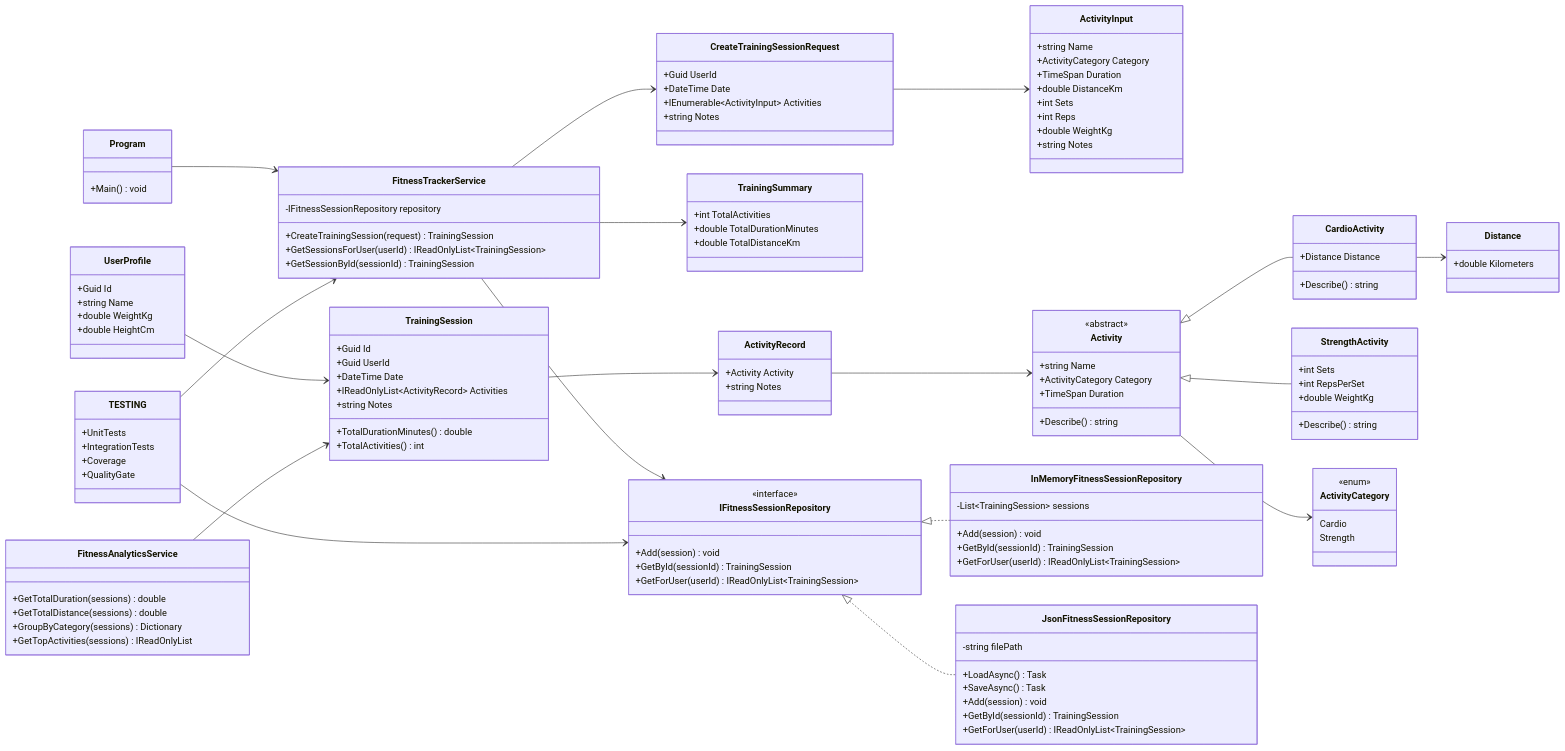
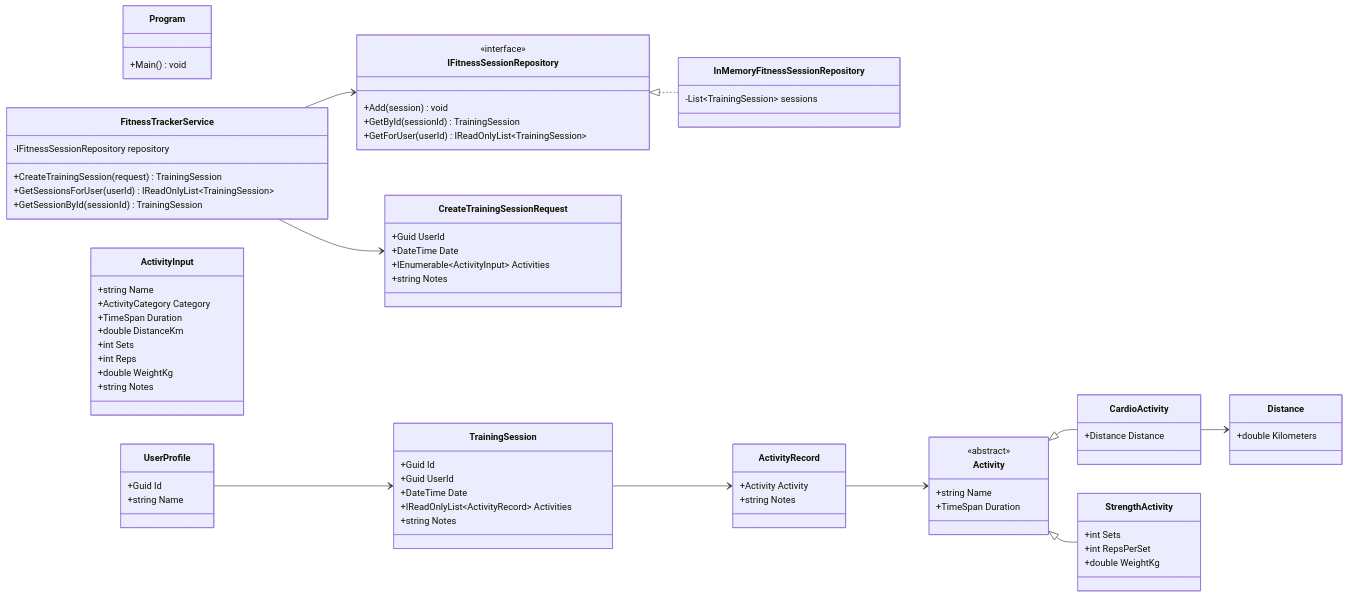
The diagram in docs/class-diagram.md (Evelina674/FitnessTrackerLab34), drawn with Mermaid before and after one commit.

Commit message:
Rebuilt UML diagram

````diff
--- a/docs/class-diagram.md
+++ b/docs/class-diagram.md
@@ -31,27 +33,12 @@
         +string Notes
     }
 
-    class TrainingSummary {
-        +int TotalActivities
-        +double TotalDurationMinutes
-        +double TotalDistanceKm
-    }
-
-    class UserProfile {
-        +Guid Id
-        +string Name
-        +double WeightKg
-        +double HeightCm
-    }
-
     class TrainingSession {
         +Guid Id
         +Guid UserId
         +DateTime Date
         +IReadOnlyList~ActivityRecord~ Activities
         +string Notes
-        +TotalDurationMinutes() double
-        +TotalActivities() int
     }
 
     class ActivityRecord {
@@ -62,31 +49,26 @@
     class Activity {
         <<abstract>>
         +string Name
-        +ActivityCategory Category
         +TimeSpan Duration
-        +Describe() string
     }
 
     class CardioActivity {
         +Distance Distance
-        +Describe() string
     }
 
     class StrengthActivity {
         +int Sets
         +int RepsPerSet
         +double WeightKg
-        +Describe() string
     }
 
     class Distance {
         +double Kilometers
     }
 
-    class ActivityCategory {
-        <<enum>>
-        Cardio
-        Strength
+    class UserProfile {
+        +Guid Id
+        +string Name
     }
 
     class IFitnessSessionRepository {
@@ -98,55 +80,18 @@
 
     class InMemoryFitnessSessionRepository {
         -List~TrainingSession~ sessions
-        +Add(session) void
-        +GetById(sessionId) TrainingSession
-        +GetForUser(userId) IReadOnlyList~TrainingSession~
     }
-
-    class JsonFitnessSessionRepository {
-        -string filePath
-        +LoadAsync() Task
-        +SaveAsync() Task
-        +Add(session) void
-        +GetById(sessionId) TrainingSession
-        +GetForUser(userId) IReadOnlyList~TrainingSession~
-    }
-
-    class FitnessAnalyticsService {
-        +GetTotalDuration(sessions) double
-        +GetTotalDistance(sessions) double
-        +GroupByCategory(sessions) Dictionary
-        +GetTopActivities(sessions) IReadOnlyList
-    }
-
-    class TESTING {
-        +UnitTests
-        +IntegrationTests
-        +Coverage
-        +QualityGate
-    }
-
-    Program --> FitnessTrackerService
-    FitnessTrackerService --> IFitnessSessionRepository
-    FitnessTrackerService --> CreateTrainingSessionRequest
-    FitnessTrackerService --> TrainingSummary
-
-    CreateTrainingSessionRequest --> ActivityInput
-    TrainingSession --> ActivityRecord
-    ActivityRecord --> Activity
 
     Activity <|-- CardioActivity
     Activity <|-- StrengthActivity
 
+    ActivityRecord --> Activity
+    TrainingSession --> ActivityRecord
     CardioActivity --> Distance
-    Activity --> ActivityCategory
-
-    UserProfile --> TrainingSession
 
     IFitnessSessionRepository <|.. InMemoryFitnessSessionRepository
-    IFitnessSessionRepository <|.. JsonFitnessSessionRepository
 
-    FitnessAnalyticsService --> TrainingSession
-    TESTING --> FitnessTrackerService
-    TESTING --> IFitnessSessionRepository
+    FitnessTrackerService --> IFitnessSessionRepository
+    FitnessTrackerService --> CreateTrainingSessionRequest
+    UserProfile --> TrainingSession
 ```
````
